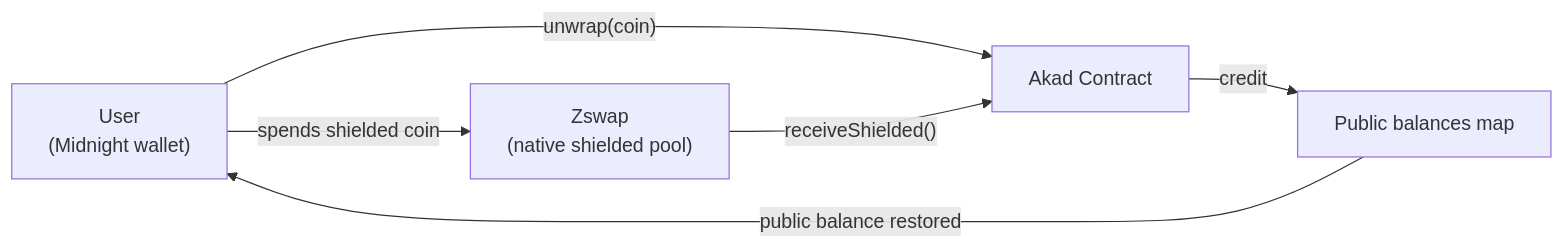
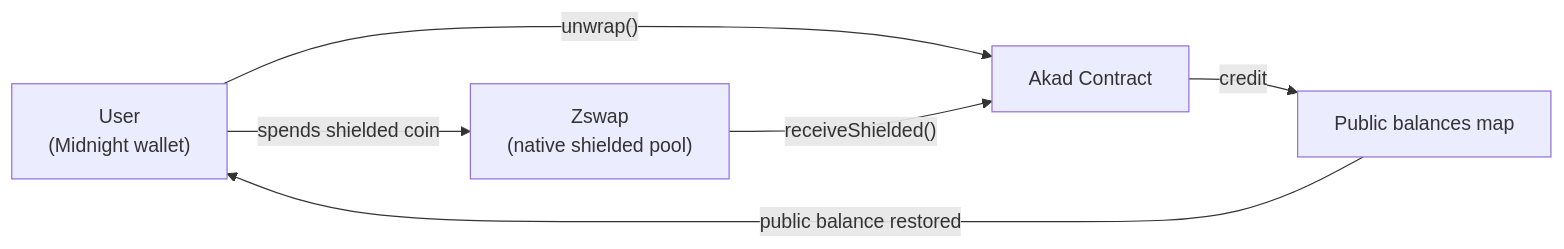
Before and after one commit to dzakwannajmi/akad: the third of 5 diagrams in README.md, drawn with Mermaid. The commit also changed other lines of this file, not shown here.

First line of the commit message:
docs: update README to the shielded-pair contract and add traction

````diff
--- a/README.md
+++ b/README.md
@@ -173,8 +173,8 @@
 ```mermaid
 flowchart LR
-  U["User<br/>(Midnight wallet)"] -->|"unwrap(coin)"| TC["Akad Contract"]
+  U["User<br/>(Midnight wallet)"] -->|"unwrap()"| TC["Akad Contract"]
   U -->|"spends shielded coin"| ZS["Zswap<br/>(native shielded pool)"]
   ZS -->|"receiveShielded()"| TC
   TC -->|"credit"| PB["Public balances map"]
   PB -->|"public balance restored"| U
 ```
````
